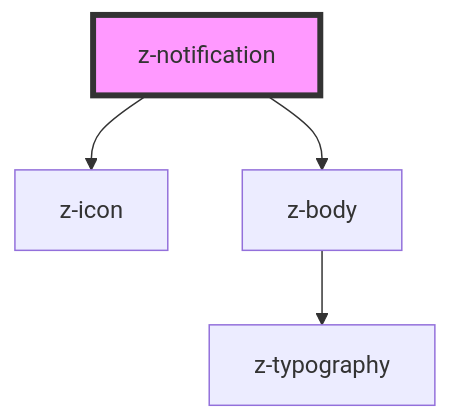
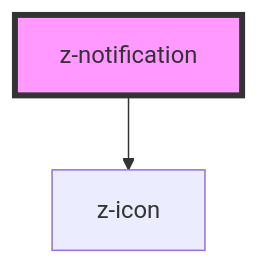
Before and after one commit to ZanichelliEditore/design-system: the diagram in src/components/notification/z-notification/readme.md, drawn with Mermaid. The commit also changed other lines of this file and 5 other files, not shown here.

````diff
--- a/src/components/notification/z-notification/readme.md
+++ b/src/components/notification/z-notification/readme.md
@@ -42,7 +42,5 @@
 ```mermaid
 graph TD;
   z-notification --> z-icon
-  z-notification --> z-body
-  z-body --> z-typography
   style z-notification fill:#f9f,stroke:#333,stroke-width:4px
 ```
````
